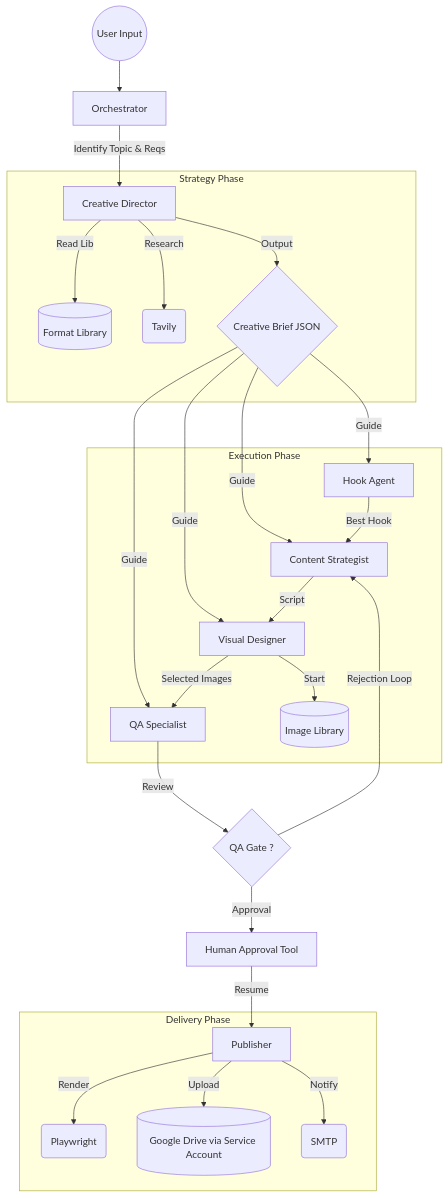
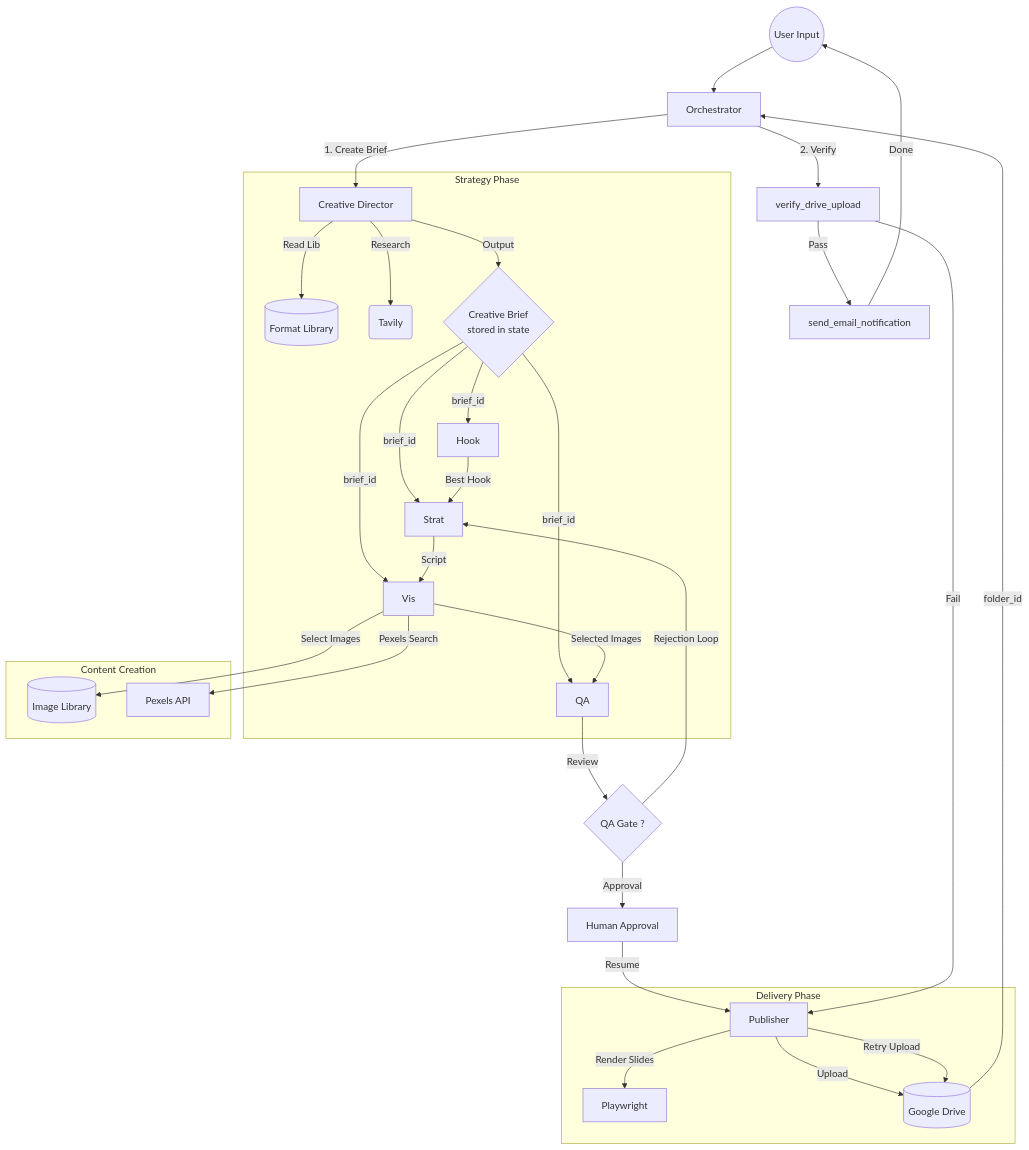
The diagram in tiktok_slideshow_agent/docs/system_architecture.md (s0yabean/deepagents), drawn with Mermaid before and after one commit. The commit also changed other lines of this file and 2 other files, not shown here.

````diff
--- a/tiktok_slideshow_agent/docs/system_architecture.md
+++ b/tiktok_slideshow_agent/docs/system_architecture.md
@@ -14,35 +16,42 @@
 ```mermaid
 graph TD
     User((User Input)) --> Orch[Orchestrator]
-    Orch -->|Identify Topic & Reqs| CD[Creative Director]
+    Orch -->|1. Create Brief| CD[Creative Director]
     
     subgraph Strategy Phase
         CD -->|Read Lib| FormatLib[(Format Library)]
         CD -->|Research| WebSearch(Tavily)
-        CD -->|Output| Brief{Creative Brief JSON}
+        CD -->|Output| Brief{Creative Brief<br/>stored in state}
+        Brief -->|brief_id| Hook
+        Brief -->|brief_id| Strat
+        Brief -->|brief_id| Vis
+        Brief -->|brief_id| QA
     end
     
-    Brief -->|Guide| Hook[Hook Agent]
-    Brief -->|Guide| Strat[Content Strategist]
-    Brief -->|Guide| Vis[Visual Designer]
-    Brief -->|Guide| QA[QA Specialist]
-    
-    subgraph Execution Phase
+    subgraph Content Creation
         Hook -->|Best Hook| Strat
         Strat -->|Script| Vis
-        Vis -->|Start| ImgLib[(Image Library)]
+        Vis -->|Select Images| ImgLib[(Image Library)]
+        Vis -->|Pexels Search| Pexels[Pexels API]
         Vis -->|Selected Images| QA
     end
     
     QA -->|Review| Review{QA Gate ?}
     Review -->|Rejection Loop| Strat
-    Review -->|Approval| HumanGate[Human Approval Tool]
+    Review -->|Approval| HumanGate[Human Approval]
     
     HumanGate -->|Resume| Pub[Publisher]
     
     subgraph Delivery Phase
-        Pub -->|Render| Renderer(Playwright)
-        Pub -->|Upload| Drive[(Google Drive via Service Account)]
-        Pub -->|Notify| Email(SMTP)
+        Pub -->|Render Slides| Renderer[Playwright]
+        Pub -->|Upload| Drive[(Google Drive)]
     end
+    
+    Drive -->|folder_id| Orch
+    Orch -->|2. Verify| Verify[verify_drive_upload]
+    Verify -->|Pass| Email[send_email_notification]
+    Email -->|Done| User
+    
+    Verify -->|Fail| Pub
+    Pub -->|Retry Upload| Drive
 ```
````
